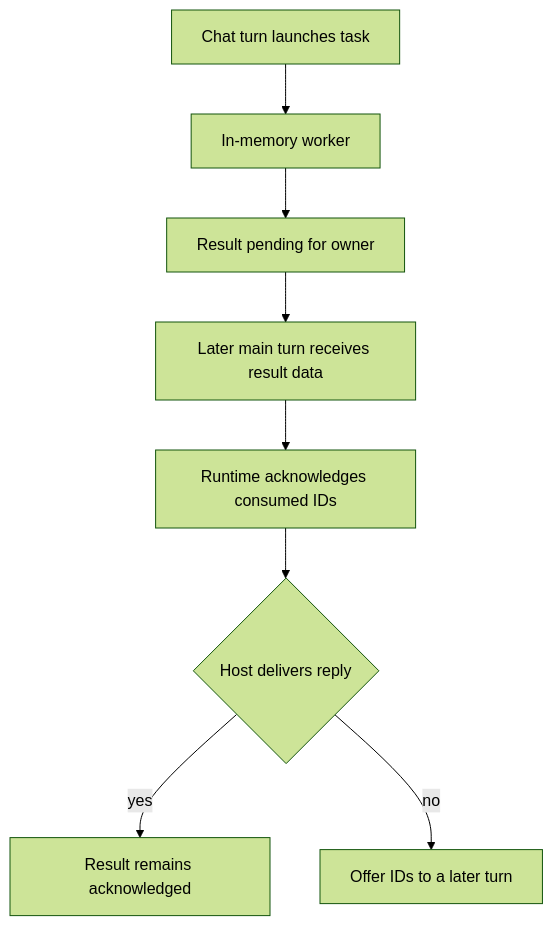
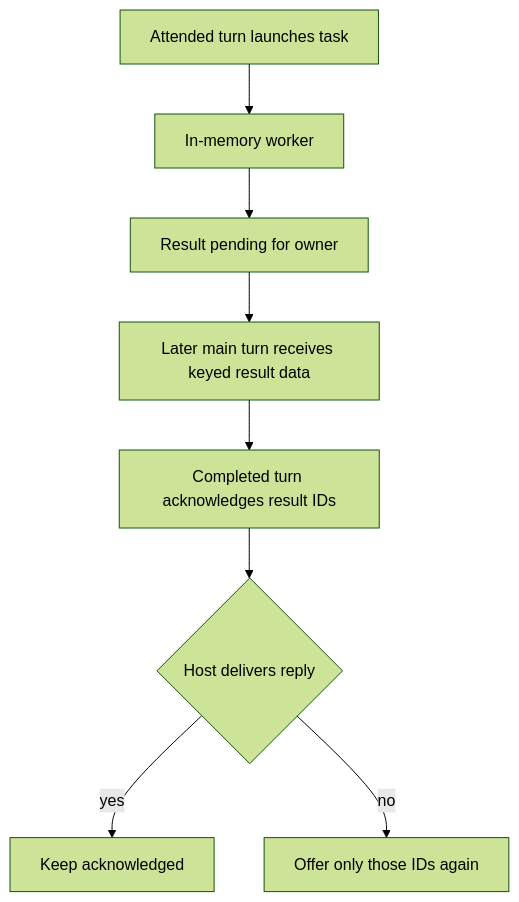
The second of 2 diagrams in openwiki/concepts/talon-scheduling.md (langchain-ai/deepagents), drawn with Mermaid (forest theme) before and after one commit. The commit also changed other lines of this file and 33 other files, not shown here.

````diff
--- a/openwiki/concepts/talon-scheduling.md
+++ b/openwiki/concepts/talon-scheduling.md
@@ -88,10 +91,10 @@
 ```mermaid
 flowchart TD
-    Turn["Chat turn launches task"] --> Worker["In-memory worker"]
+    Start["Attended turn launches task"] --> Worker["In-memory worker"]
     Worker --> Pending["Result pending for owner"]
-    Pending --> Next["Later main turn receives result data"]
-    Next --> Ack["Runtime acknowledges consumed IDs"]
-    Ack --> Deliver{"Host delivers reply"}
-    Deliver -->|"yes"| Complete["Result remains acknowledged"]
-    Deliver -->|"no"| Requeue["Offer IDs to a later turn"]
+    Pending --> Main["Later main turn receives keyed result data"]
+    Main --> Ack["Completed turn acknowledges result IDs"]
+    Ack --> Delivery{"Host delivers reply"}
+    Delivery -->|"yes"| Done["Keep acknowledged"]
+    Delivery -->|"no"| Requeue["Offer only those IDs again"]
 ```
````
